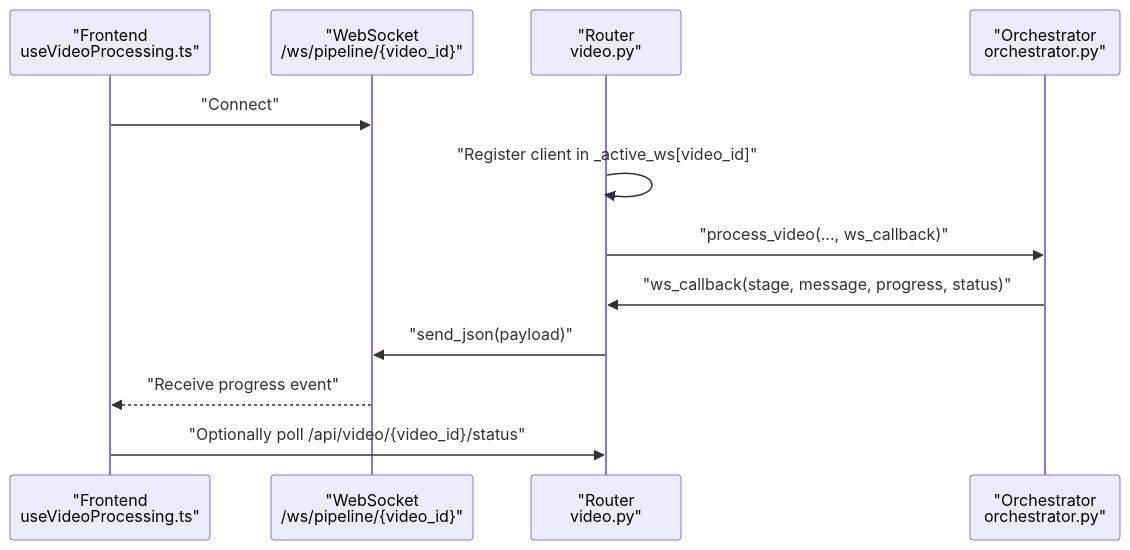
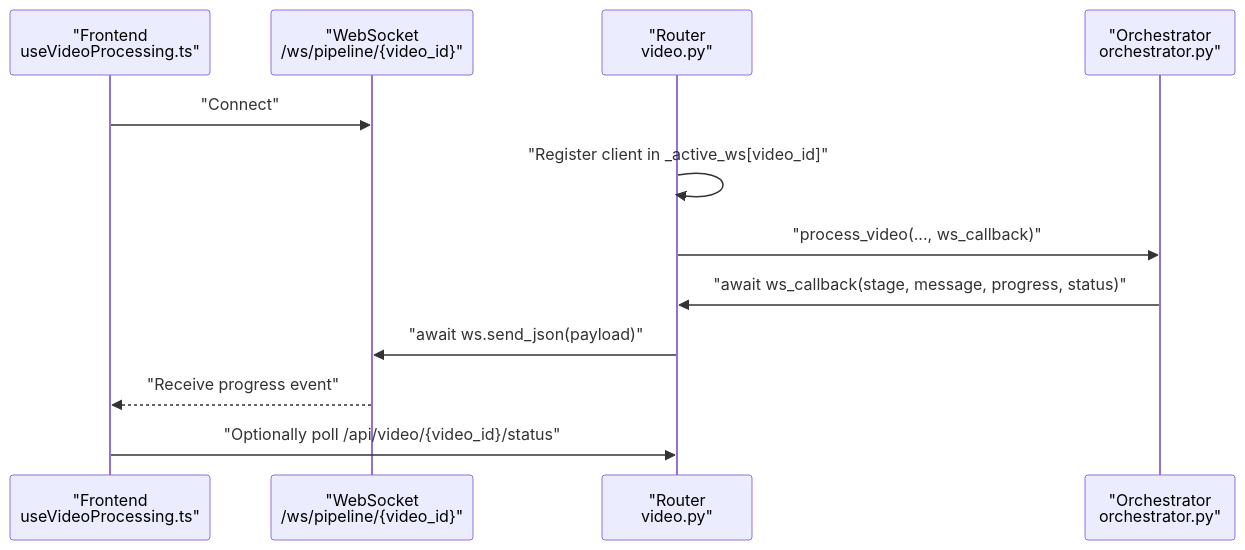
The fifth of 6 diagrams in .qoder/repowiki/en/content/Media Processing Pipeline/Pipeline Overview and Architecture.md (alexandreybasta-cyber/dubai-media-ai), drawn with Mermaid before and after one commit. The commit also changed other lines of this file and 30 other files, not shown here.

````diff
--- a/.qoder/repowiki/en/content/Media Processing Pipeline/Pipeline Overview and Architecture.md
+++ b/.qoder/repowiki/en/content/Media Processing Pipeline/Pipeline Overview and Architecture.md
@@ -277,14 +381,14 @@
 ```mermaid
 sequenceDiagram
 participant FE as "Frontend<br/>useVideoProcessing.ts"
 participant WS as "WebSocket<br/>/ws/pipeline/{video_id}"
 participant API as "Router<br/>video.py"
 participant ORCH as "Orchestrator<br/>orchestrator.py"
 FE->>WS : "Connect"
 API->>API : "Register client in _active_ws[video_id]"
 API->>ORCH : "process_video(..., ws_callback)"
-ORCH->>API : "ws_callback(stage, message, progress, status)"
-API->>WS : "send_json(payload)"
+ORCH->>API : "await ws_callback(stage, message, progress, status)"
+API->>WS : "await ws.send_json(payload)"
 WS-->>FE : "Receive progress event"
 FE->>API : "Optionally poll /api/video/{video_id}/status"
 ```
````
